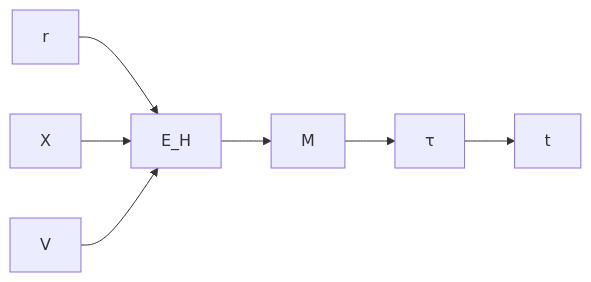
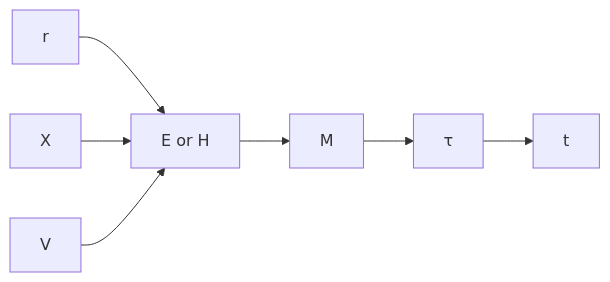
Before and after one commit to StellarWarp/RestrictedGravitySimulation: the fourth of 4 diagrams in README.md, drawn with Mermaid. The commit also changed other lines of this file, not shown here.

````diff
--- a/README.md
+++ b/README.md
@@ -387,8 +593,8 @@
 ```mermaid
 graph LR
 
-    r & X & V-->E_H-->M-->τ-->t
+    r & X & V-->1[E or H]-->M-->τ-->t
     
 
 
 ```
````
